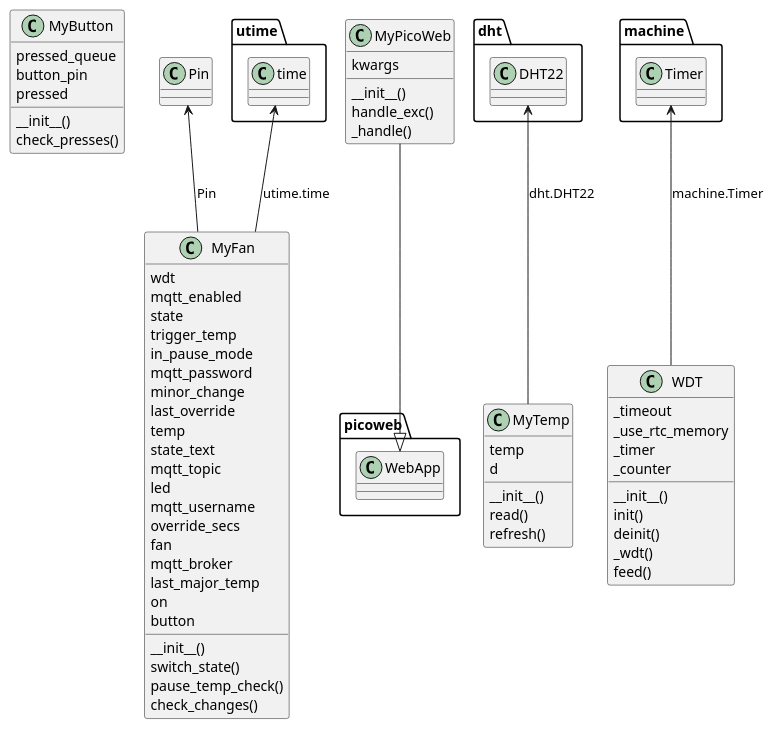
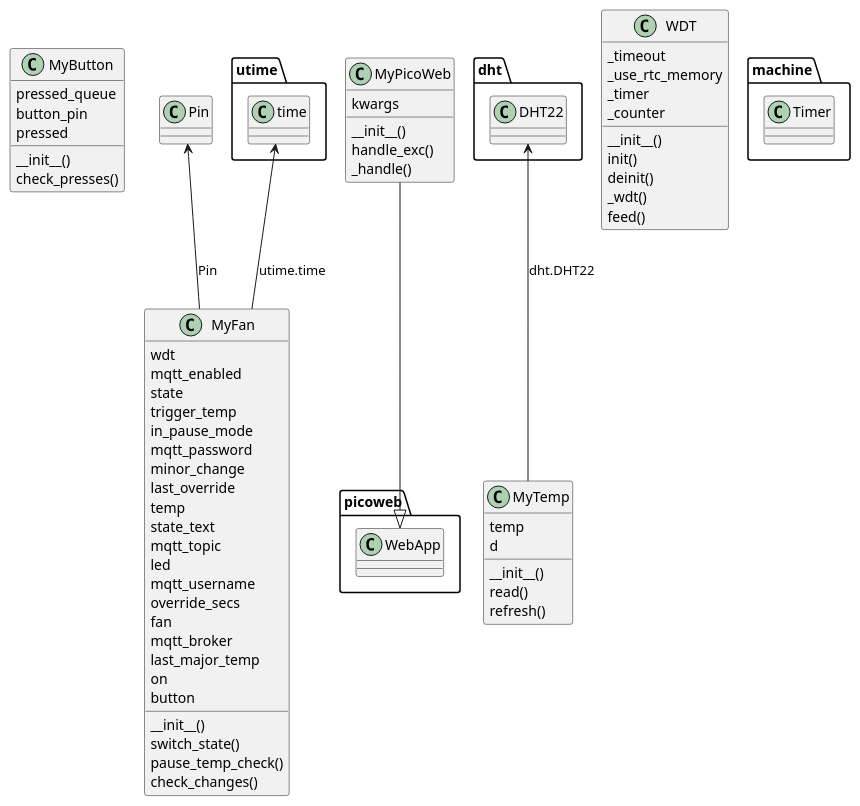
Before and after one commit to engdan77/iot_fan_controller: the diagram in README.md, drawn with PlantUML.

Commit message:
Change to README

````diff
--- a/README.md
+++ b/README.md
@@ -296,6 +296,4 @@
 dht.DHT22 <-- MyTemp : dht.DHT22
 Pin <-- MyFan : Pin
 utime.time <-- MyFan : utime.time
-machine.Timer <-- WDT : machine.Timer
-@enduml
 ```
````
